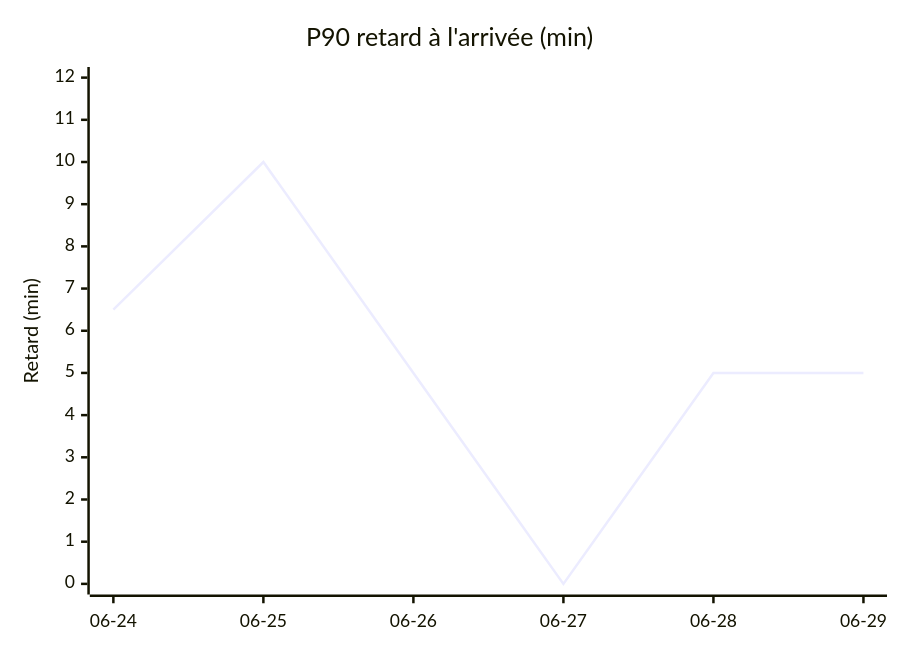
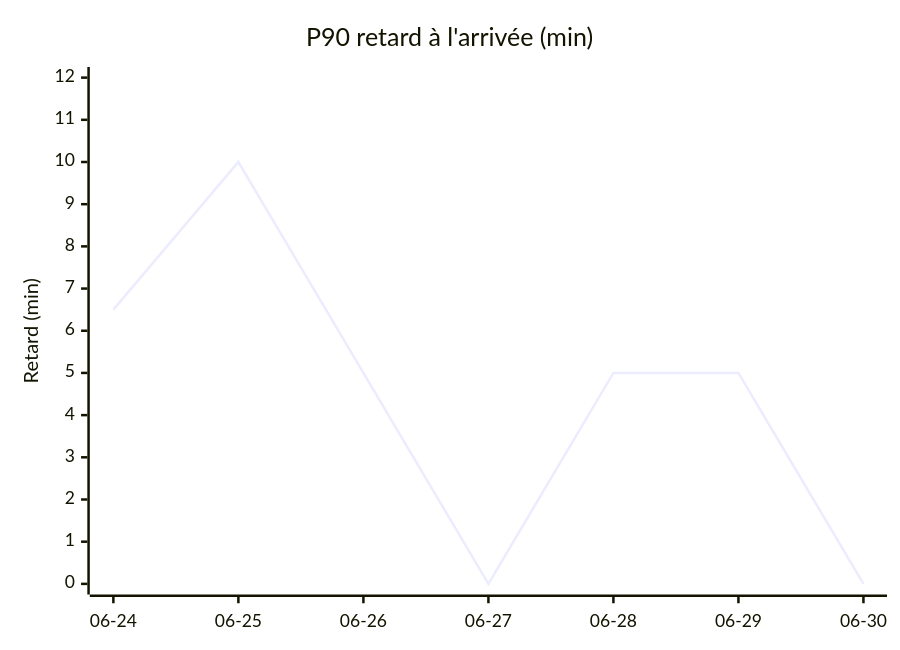
Before and after one commit to antoinerep/horaire-ter: the first of 4 diagrams in STATS.md, drawn with Mermaid. The commit also changed other lines of this file and 1 other file, not shown here.

````diff
--- a/STATS.md
+++ b/STATS.md
@@ -29,7 +29,7 @@
 ```mermaid
 xychart-beta
     title "P90 retard à l'arrivée (min)"
-    x-axis ["06-24", "06-25", "06-26", "06-27", "06-28", "06-29"]
+    x-axis ["06-24", "06-25", "06-26", "06-27", "06-28", "06-29", "06-30"]
     y-axis "Retard (min)" 0 --> 12
-    line [6.5, 10.0, 5.0, 0.0, 5.0, 5.0]
+    line [6.5, 10.0, 5.0, 0.0, 5.0, 5.0, 0.0]
 ```
````
